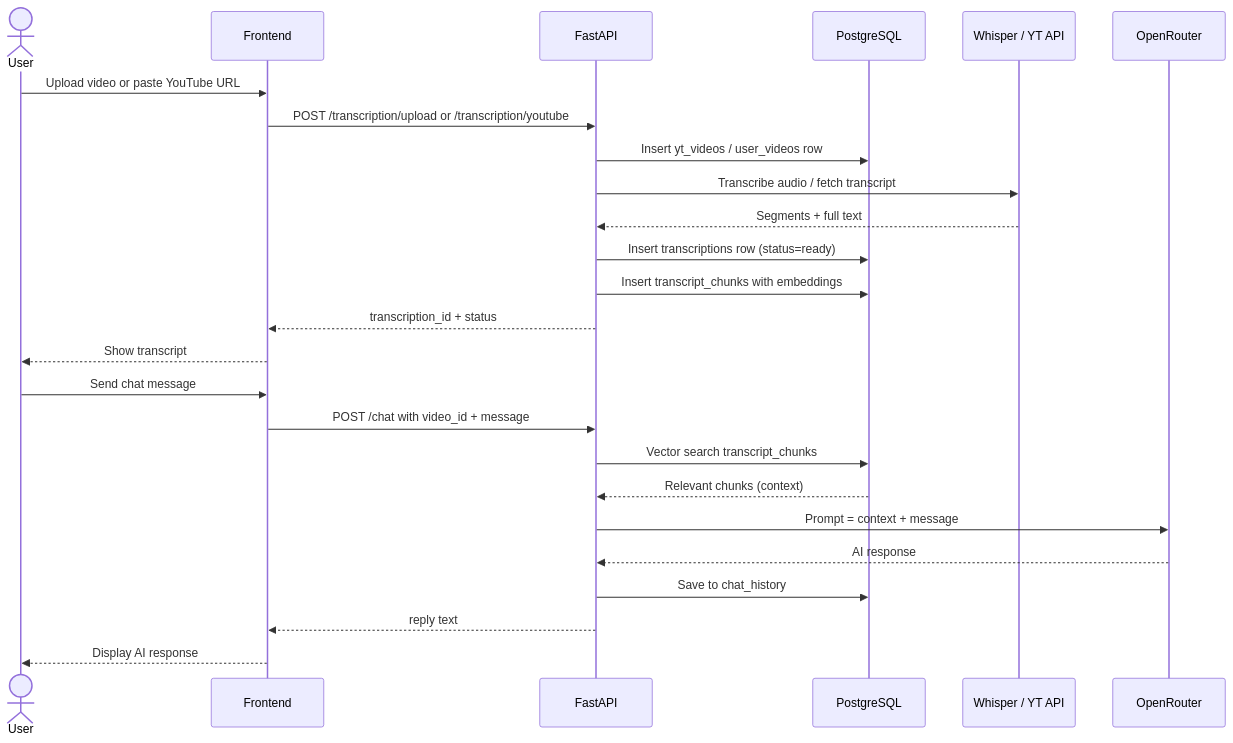
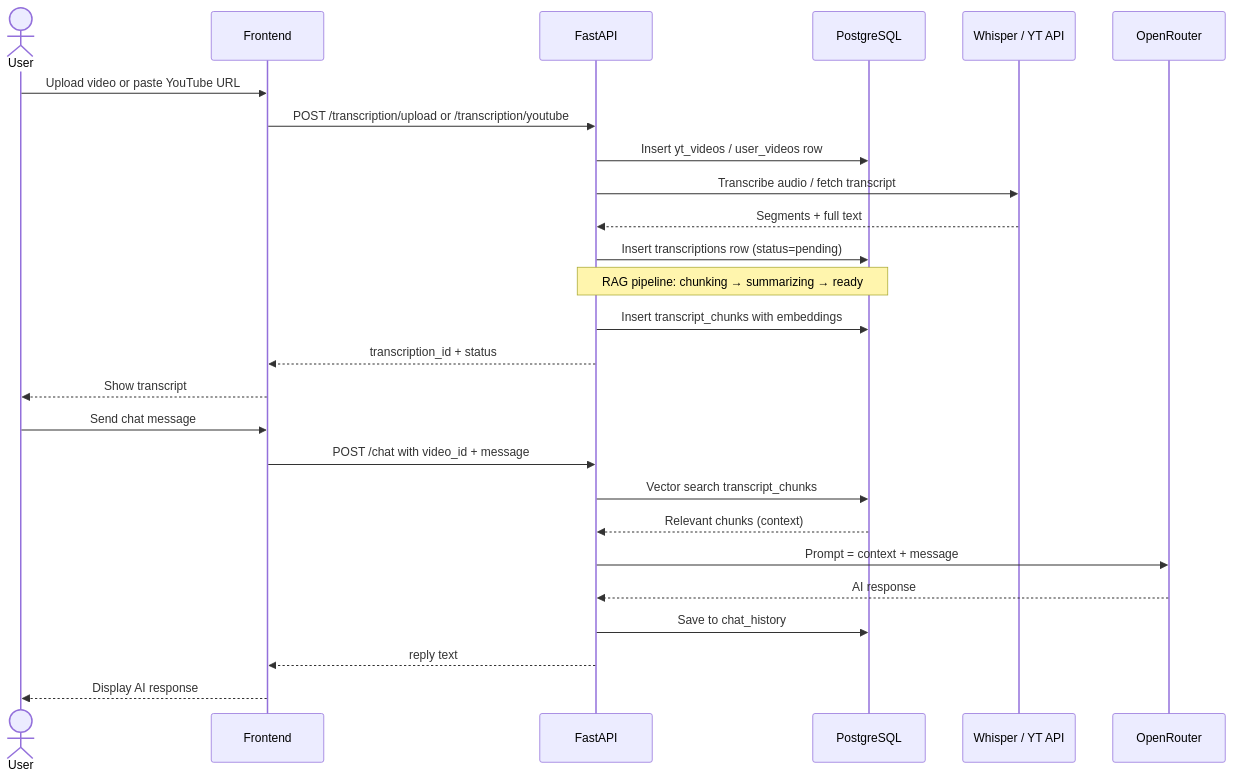
One commit to Servo69420/VidSearch changed the fourth of 4 diagrams in readme.md. Above: the diagram before and after it, drawn with Mermaid. The commit also changed other lines of this file and 1 other file, not shown here.

````diff
--- a/readme.md
+++ b/readme.md
@@ -535,29 +406,30 @@
 ```mermaid
 sequenceDiagram
     actor U as User
     participant FE as Frontend
     participant BE as FastAPI
     participant DB as PostgreSQL
     participant EXT as Whisper / YT API
     participant OR as OpenRouter
 
     U->>FE: Upload video or paste YouTube URL
     FE->>BE: POST /transcription/upload or /transcription/youtube
     BE->>DB: Insert yt_videos / user_videos row
     BE->>EXT: Transcribe audio / fetch transcript
     EXT-->>BE: Segments + full text
-    BE->>DB: Insert transcriptions row (status=ready)
+    BE->>DB: Insert transcriptions row (status=pending)
+    Note over BE,DB: RAG pipeline: chunking → summarizing → ready
     BE->>DB: Insert transcript_chunks with embeddings
     BE-->>FE: transcription_id + status
     FE-->>U: Show transcript
 
     U->>FE: Send chat message
     FE->>BE: POST /chat with video_id + message
     BE->>DB: Vector search transcript_chunks
     DB-->>BE: Relevant chunks (context)
     BE->>OR: Prompt = context + message
     OR-->>BE: AI response
     BE->>DB: Save to chat_history
     BE-->>FE: reply text
     FE-->>U: Display AI response
 ```
````
